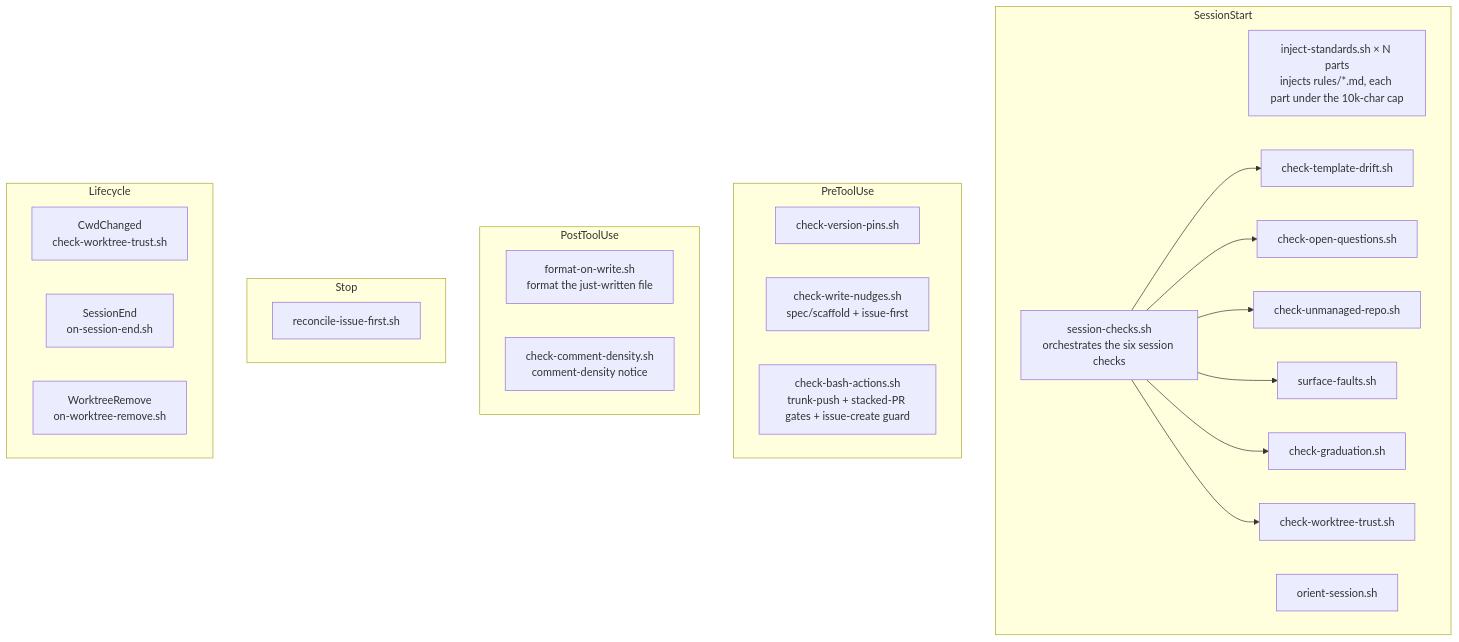
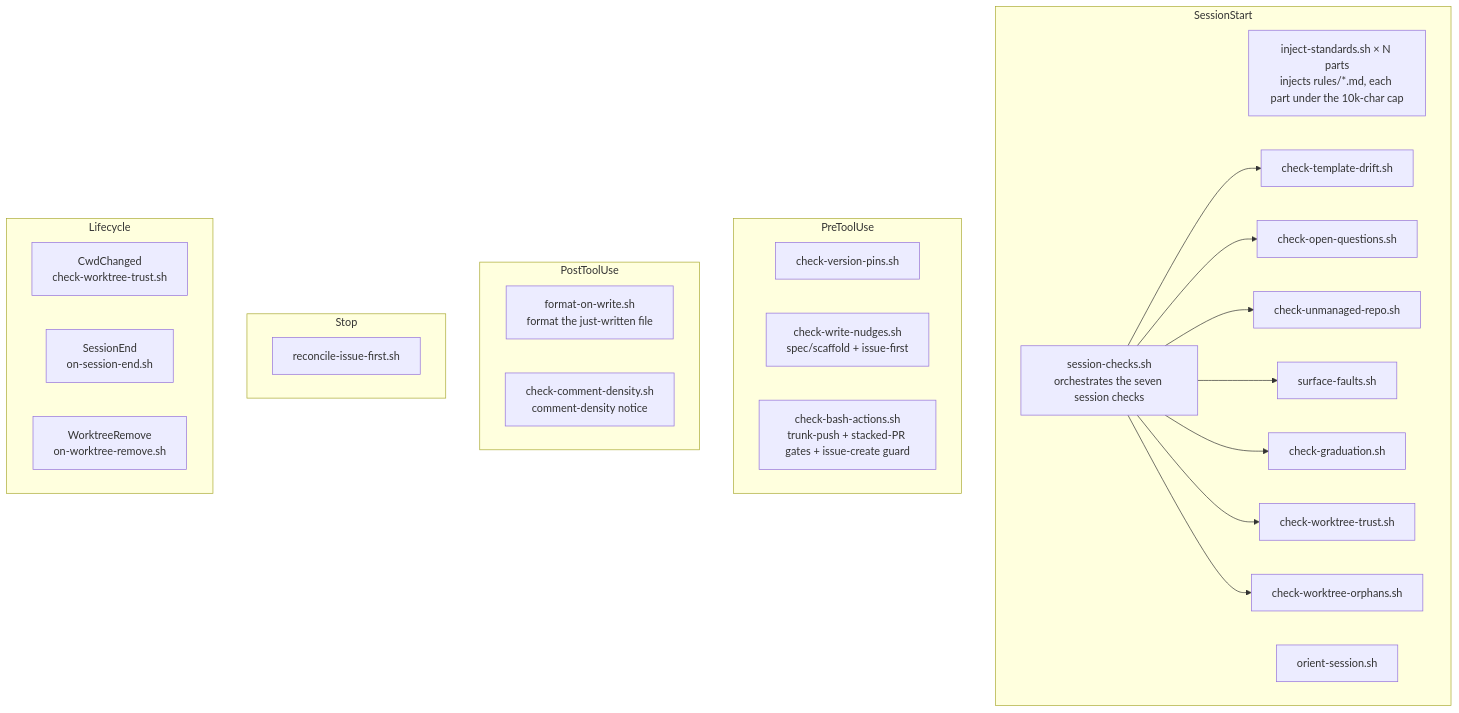
The diagram in docs/reference/hooks.md (element22llc/e22-plugins), drawn with Mermaid before and after one commit. The commit also changed other lines of this file and 18 other files, not shown here.

````diff
--- a/docs/reference/hooks.md
+++ b/docs/reference/hooks.md
@@ -53,31 +54,32 @@
 ```mermaid
 flowchart TD
     subgraph SessionStart
       inject[inject-standards.sh × N parts<br/>injects rules/*.md, each part under the 10k-char cap]
-      checks[session-checks.sh<br/>orchestrates the six session checks]
+      checks[session-checks.sh<br/>orchestrates the seven session checks]
       orient[orient-session.sh]
       checks --> drift[check-template-drift.sh]
       checks --> oq[check-open-questions.sh]
       checks --> unmanaged[check-unmanaged-repo.sh]
       checks --> faults[surface-faults.sh]
       checks --> grad[check-graduation.sh]
       checks --> wt[check-worktree-trust.sh]
+      checks --> orphans[check-worktree-orphans.sh]
     end
     subgraph PreToolUse
       pins[check-version-pins.sh]
       wn[check-write-nudges.sh<br/>spec/scaffold + issue-first]
       ba[check-bash-actions.sh<br/>trunk-push + stacked-PR gates + issue-create guard]
     end
     subgraph PostToolUse
       fmt[format-on-write.sh<br/>format the just-written file]
       cd[check-comment-density.sh<br/>comment-density notice]
     end
     subgraph Stop
       reconcile[reconcile-issue-first.sh]
     end
     subgraph Lifecycle
       cwd[CwdChanged<br/>check-worktree-trust.sh]
       send[SessionEnd<br/>on-session-end.sh]
       wtr[WorktreeRemove<br/>on-worktree-remove.sh]
     end
 ```
````
